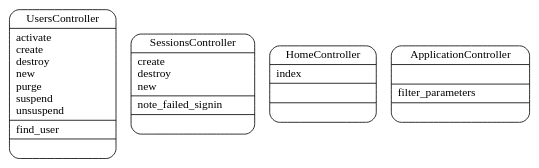
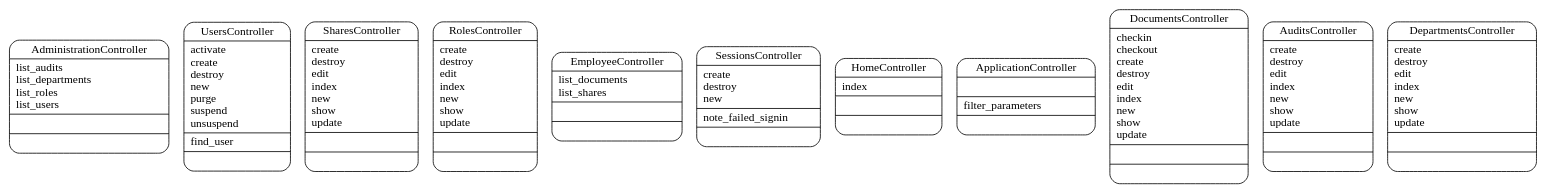
Before and after one commit to AnthonyDiGirolamo/dms: the diagram in doc/controller.dot, drawn with Graphviz. The commit also changed 42 other files, not shown here.

Commit message:
Scaffolds for audits,departments,roles,shares

```diff
--- a/doc/controller.dot
+++ b/doc/controller.dot
@@ -1,8 +1,15 @@
 digraph controllers_diagram {
 	graph[overlap=false, splines=true]
+	"AdministrationController" [shape=Mrecord, label="{AdministrationController|list_audits\llist_departments\llist_roles\llist_users\l|\l|\l}"]
 	"UsersController" [shape=Mrecord, label="{UsersController|activate\lcreate\ldestroy\lnew\lpurge\lsuspend\lunsuspend\l|find_user\l|\l}"]
+	"SharesController" [shape=Mrecord, label="{SharesController|create\ldestroy\ledit\lindex\lnew\lshow\lupdate\l|\l|\l}"]
+	"RolesController" [shape=Mrecord, label="{RolesController|create\ldestroy\ledit\lindex\lnew\lshow\lupdate\l|\l|\l}"]
+	"EmployeeController" [shape=Mrecord, label="{EmployeeController|list_documents\llist_shares\l|\l|\l}"]
 	"SessionsController" [shape=Mrecord, label="{SessionsController|create\ldestroy\lnew\l|note_failed_signin\l|\l}"]
 	"HomeController" [shape=Mrecord, label="{HomeController|index\l|\l|\l}"]
 	"ApplicationController" [shape=Mrecord, label="{ApplicationController|\l|filter_parameters\l|\l}"]
+	"DocumentsController" [shape=Mrecord, label="{DocumentsController|checkin\lcheckout\lcreate\ldestroy\ledit\lindex\lnew\lshow\lupdate\l|\l|\l}"]
+	"AuditsController" [shape=Mrecord, label="{AuditsController|create\ldestroy\ledit\lindex\lnew\lshow\lupdate\l|\l|\l}"]
+	"DepartmentsController" [shape=Mrecord, label="{DepartmentsController|create\ldestroy\ledit\lindex\lnew\lshow\lupdate\l|\l|\l}"]
 	"ApplicationController" [shape=Mrecord, label="{ApplicationController|\l|filter_parameters\l|\l}"]
 }
```
